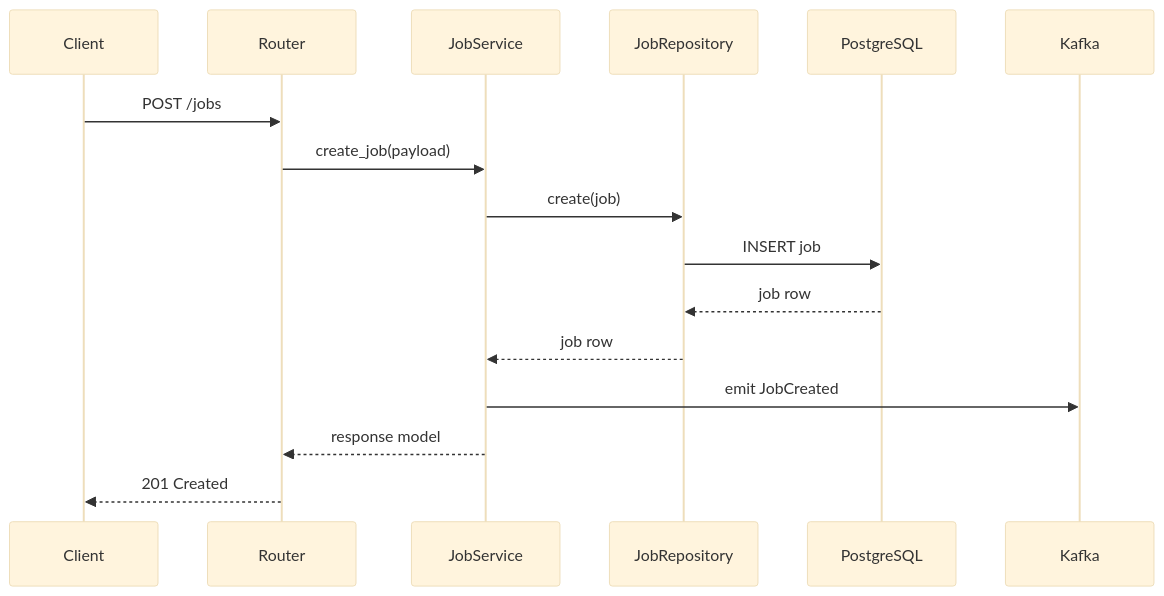
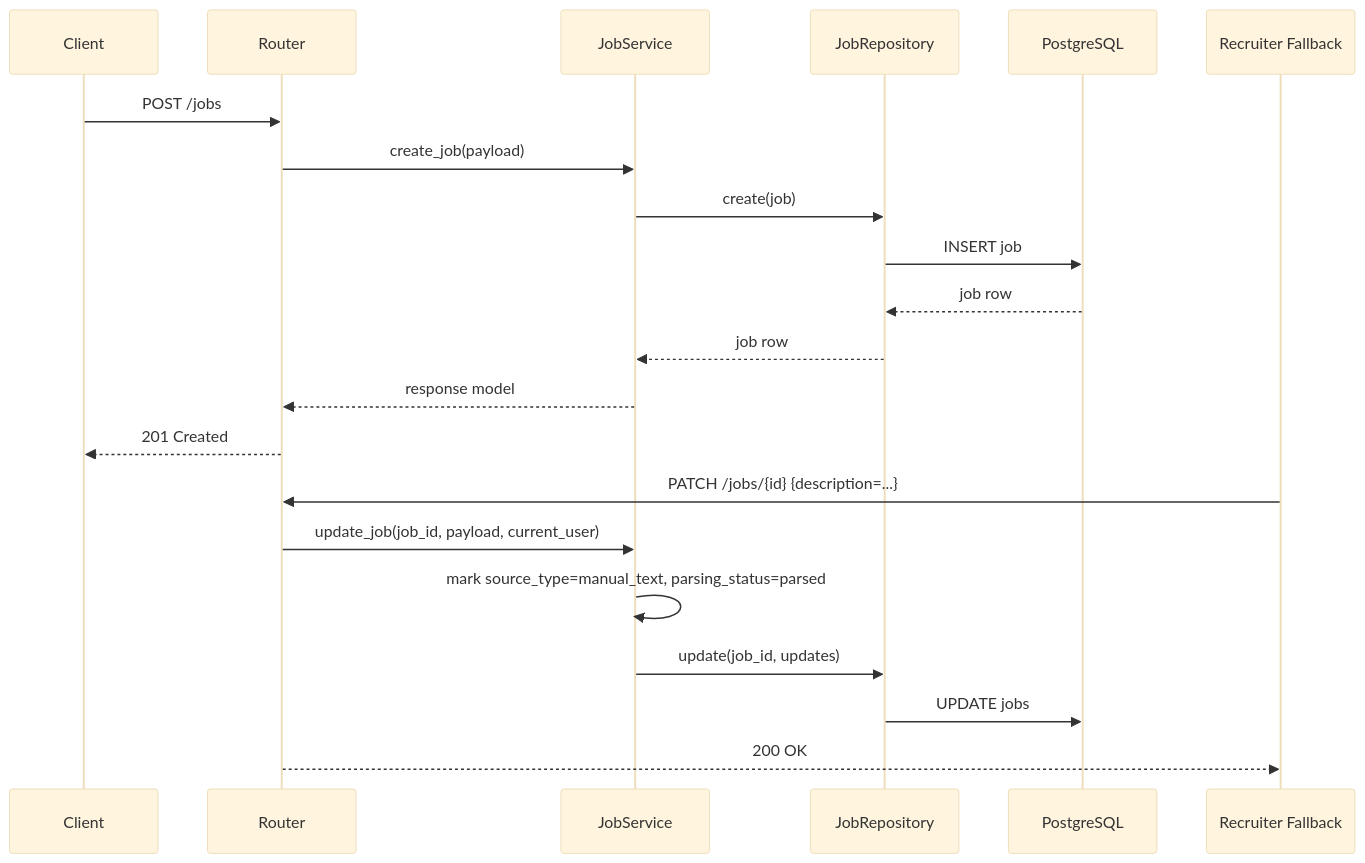
One commit to afnan-emumba/smart-hire changed the second of 5 diagrams in docs/SERVICES.md. Above: the diagram before and after it, drawn with Mermaid (base theme). The commit also changed other lines of this file and 19 other files, not shown here.

First line of the commit message:
feat: add job description upload functionality with PDF support

````diff
--- a/docs/SERVICES.md
+++ b/docs/SERVICES.md
@@ -62,19 +63,25 @@
 ```mermaid
 sequenceDiagram
     participant Client
     participant Router
     participant Service as JobService
     participant Repo as JobRepository
     participant DB as PostgreSQL
-    participant Kafka
+    participant ClientFallback as Recruiter Fallback
 
     Client->>Router: POST /jobs
     Router->>Service: create_job(payload)
     Service->>Repo: create(job)
     Repo->>DB: INSERT job
     DB-->>Repo: job row
     Repo-->>Service: job row
-    Service->>Kafka: emit JobCreated
     Service-->>Router: response model
     Router-->>Client: 201 Created
+
+    ClientFallback->>Router: PATCH /jobs/{id} {description=...}
+    Router->>Service: update_job(job_id, payload, current_user)
+    Service->>Service: mark source_type=manual_text, parsing_status=parsed
+    Service->>Repo: update(job_id, updates)
+    Repo->>DB: UPDATE jobs
+    Router-->>ClientFallback: 200 OK
 ```
````
